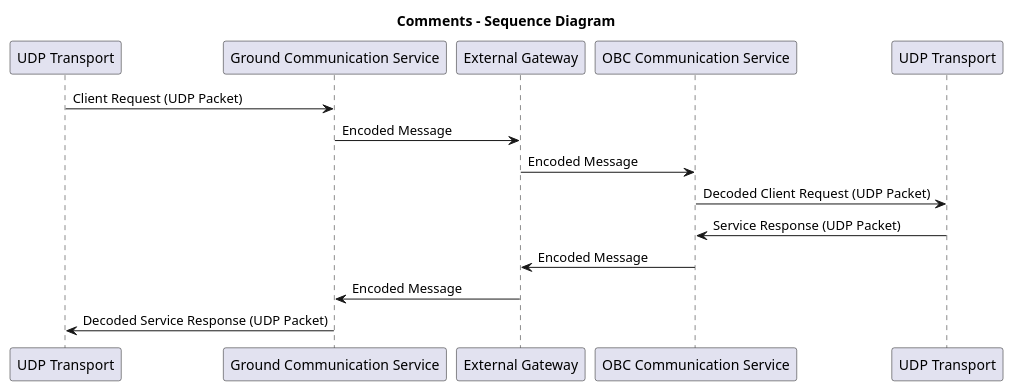
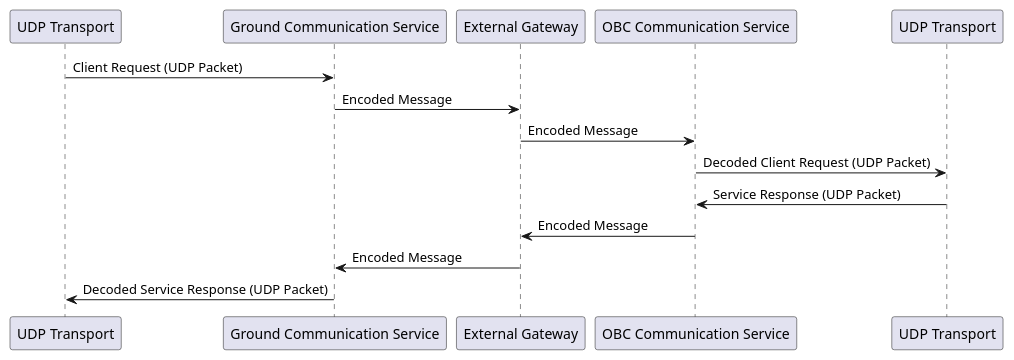
One commit to kubos/kubos changed the diagram in docs/services/communication.rst. Above: the diagram before and after it, drawn with PlantUML. The commit also changed other lines of this file, not shown here.

Commit message:
Two more review fixes.

```diff
--- a/docs/services/communication.rst
+++ b/docs/services/communication.rst
@@ -24,23 +24,21 @@
 .. uml::
 
    @startuml
-
-   title "Comments - Sequence Diagram"
 
    participant "UDP Transport" as h_udp
    participant "Ground Communication Service" as host
    participant "External Gateway" as ext
    participant "OBC Communication Service" as obc
    participant "UDP Transport" as o_udp
 
    h_udp -> host : Client Request (UDP Packet)
    host -> ext : Encoded Message
    ext -> obc : Encoded Message
    obc -> o_udp : Decoded Client Request (UDP Packet)
 
    o_udp -> obc : Service Response (UDP Packet)
    obc -> ext : Encoded Message
    ext -> host : Encoded Message
    host -> h_udp : Decoded Service Response (UDP Packet)
 
    @enduml
```
